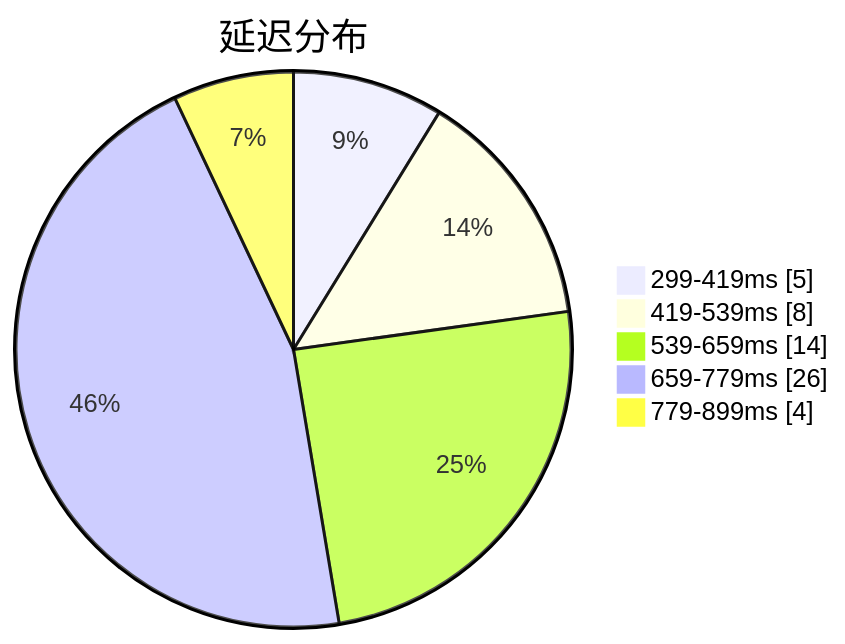
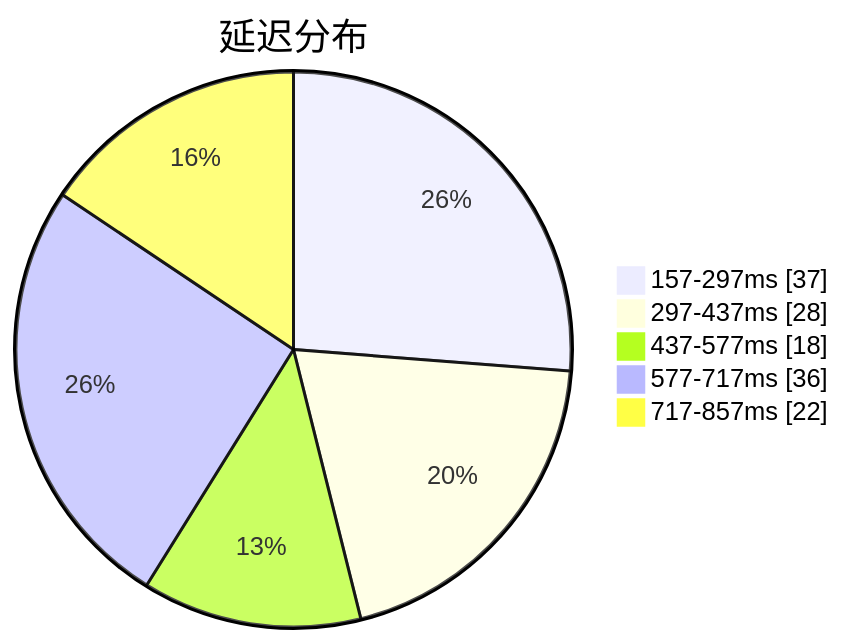
One commit to qjlxg/airport changed the first of 3 diagrams in subs/statistics/tested_within.md. Above: the diagram before and after it, drawn with Mermaid. The commit also changed other lines of this file and 2 other files, not shown here.

Commit message:
Tested by metaST

````diff
--- a/subs/statistics/tested_within.md
+++ b/subs/statistics/tested_within.md
@@ -2,9 +2,9 @@
 ```mermaid
 pie showData
 title 延迟分布
-"299-419ms" : 5
-"419-539ms" : 8
-"539-659ms" : 14
-"659-779ms" : 26
-"779-899ms" : 4
+"157-297ms" : 37
+"297-437ms" : 28
+"437-577ms" : 18
+"577-717ms" : 36
+"717-857ms" : 22
 ```
````
